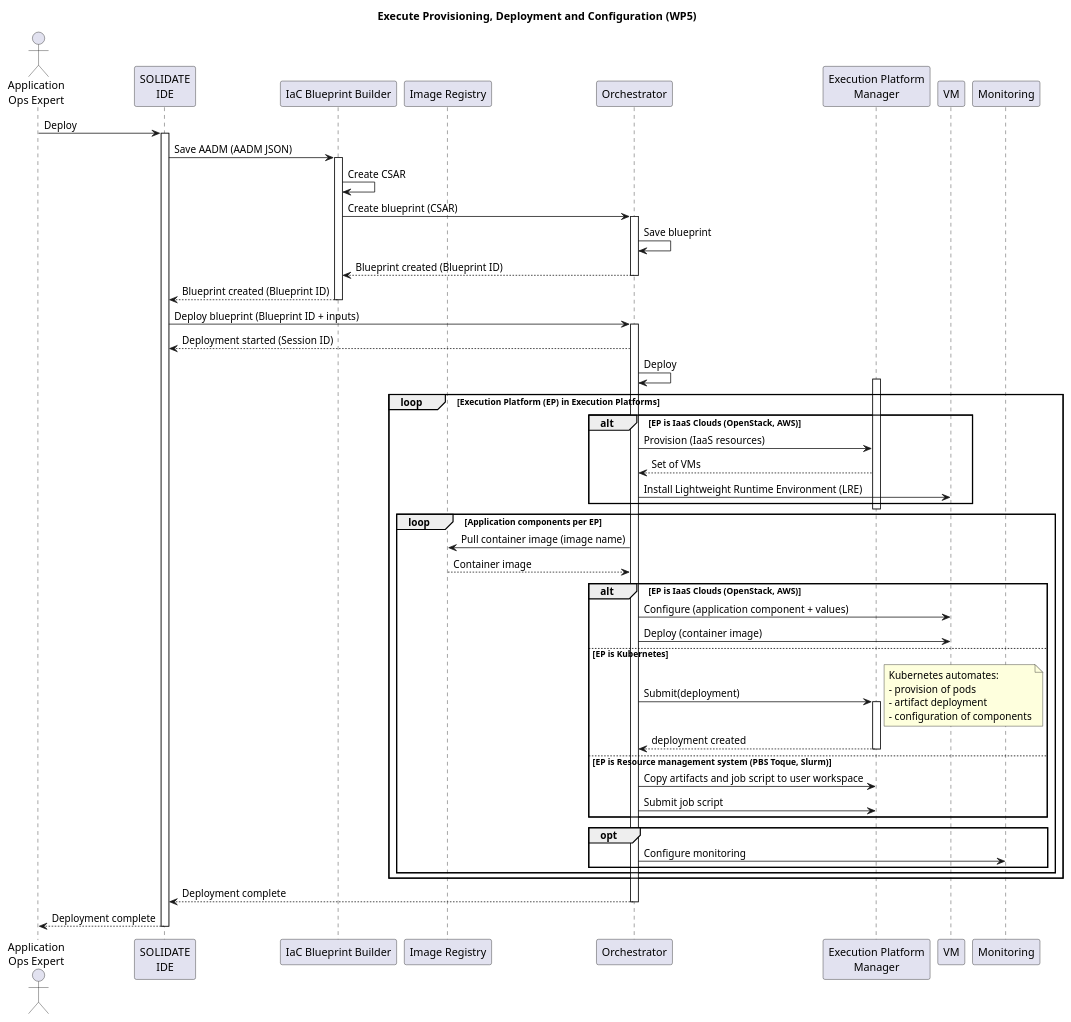
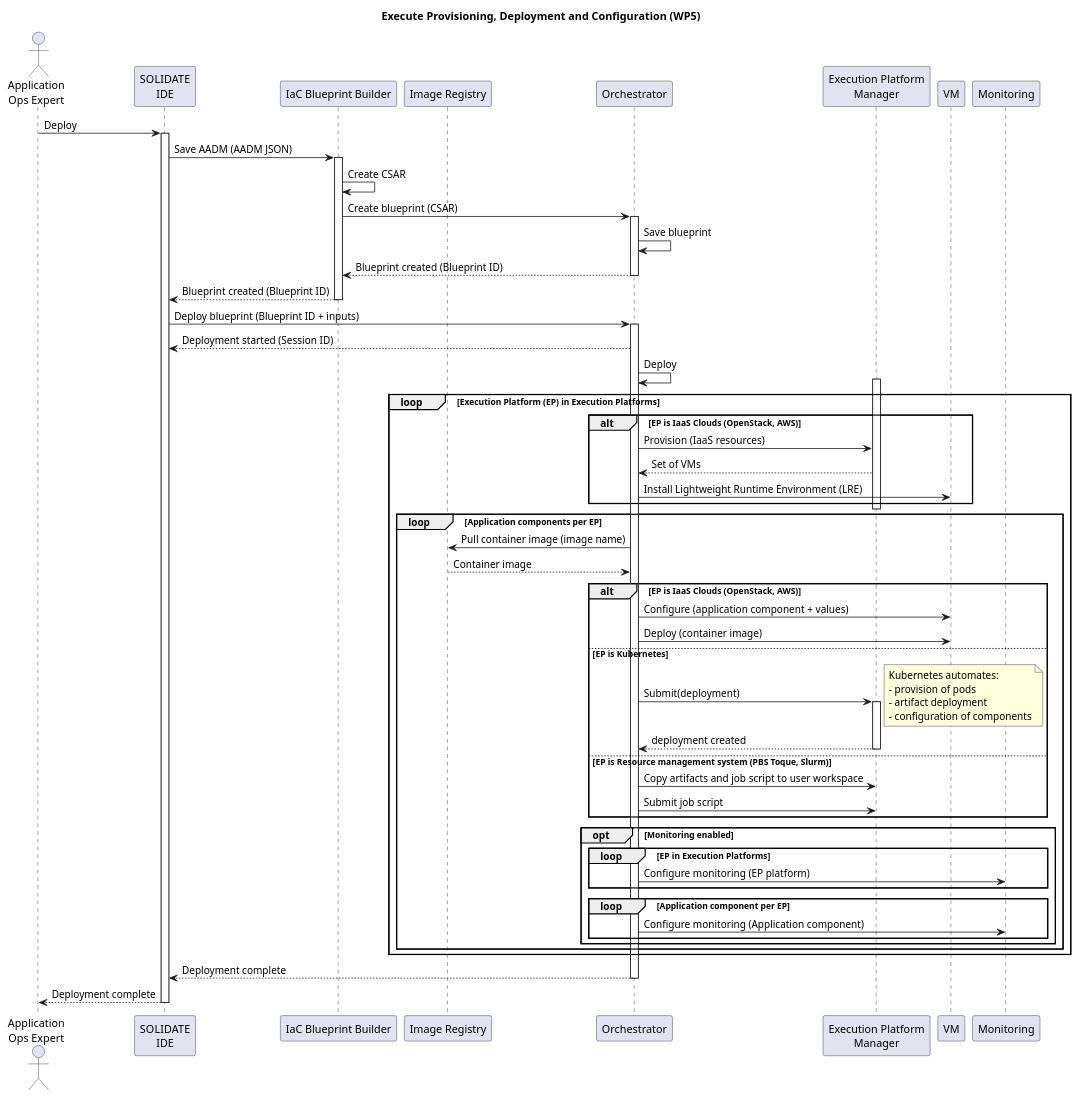
The diagram in uml/sequence-diagrams/UC-06-ExecuteProvisioningDeploymentAndConfiguration-WP5.puml (SODALITE-EU/project-wide-documentation), drawn with PlantUML before and after one commit. The commit also changed 6 other files, not shown here.

Commit message:
WP5 architecture and related UC updates from Atos

```diff
--- a/uml/sequence-diagrams/UC-06-ExecuteProvisioningDeploymentAndConfiguration-WP5.puml
+++ b/uml/sequence-diagrams/UC-06-ExecuteProvisioningDeploymentAndConfiguration-WP5.puml
@@ -1,81 +1,86 @@
 @startuml
 
 title Execute Provisioning, Deployment and Configuration (WP5)
 
 actor "Application\nOps Expert" as ops
 participant "SOLIDATE\nIDE" as ide
 participant "IaC Blueprint Builder" as builder
 participant "Image Registry" as imagereg
 participant  Orchestrator as orch
 participant "Execution Platform\nManager" as res
 participant "VM" as VM
 participant "Monitoring" as mon
 
 
 ops->ide: Deploy
 activate ide
 ide->builder: Save AADM (AADM JSON)
 activate builder
 builder->builder: Create CSAR
 builder->orch: Create blueprint (CSAR)
 activate orch
 orch->orch: Save blueprint
 orch-->builder: Blueprint created (Blueprint ID)
 deactivate orch
 builder-->ide: Blueprint created (Blueprint ID)
 deactivate builder
 
 ide->orch: Deploy blueprint (Blueprint ID + inputs)
 activate orch
 orch-->ide: Deployment started (Session ID)
 orch->orch: Deploy
 
 loop Execution Platform (EP) in Execution Platforms
 
   activate res
   alt EP is IaaS Clouds (OpenStack, AWS)
     orch->res: Provision (IaaS resources)
     res-->orch: Set of VMs
     orch->VM: Install Lightweight Runtime Environment (LRE)
   end
   deactivate res
 
   loop Application components per EP
 
     orch->imagereg: Pull container image (image name)
     imagereg-->orch: Container image
 
     alt EP is IaaS Clouds (OpenStack, AWS)
       orch->VM: Configure (application component + values)
       orch->VM: Deploy (container image)
     else EP is Kubernetes
       orch->res: Submit(deployment)
       activate res
         note right
           Kubernetes automates:
           - provision of pods
           - artifact deployment
           - configuration of components
         end note
         res-->orch: deployment created
       deactivate res
 
     else EP is Resource management system (PBS Toque, Slurm)
       orch->res: Copy artifacts and job script to user workspace
       orch->res: Submit job script
     end
 
-    opt
-      orch->mon: Configure monitoring
+    opt Monitoring enabled
+      loop EP in Execution Platforms
+      orch->mon: Configure monitoring (EP platform)
+      end
+      loop Application component per EP
+      orch->mon: Configure monitoring (Application component)
+      end
     end
 
   end
 end
 
 orch-->ide: Deployment complete
 deactivate orch
 ide-->ops: Deployment complete
 deactivate ide
 
 
 @enduml
```
